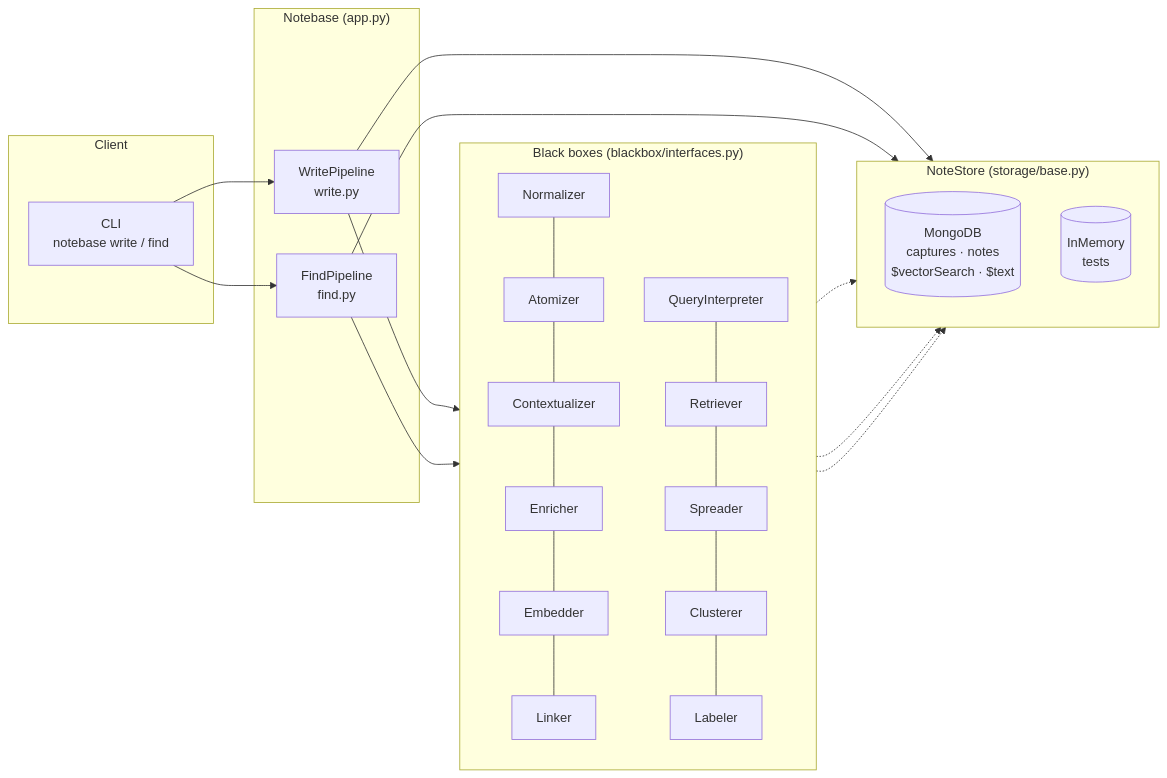
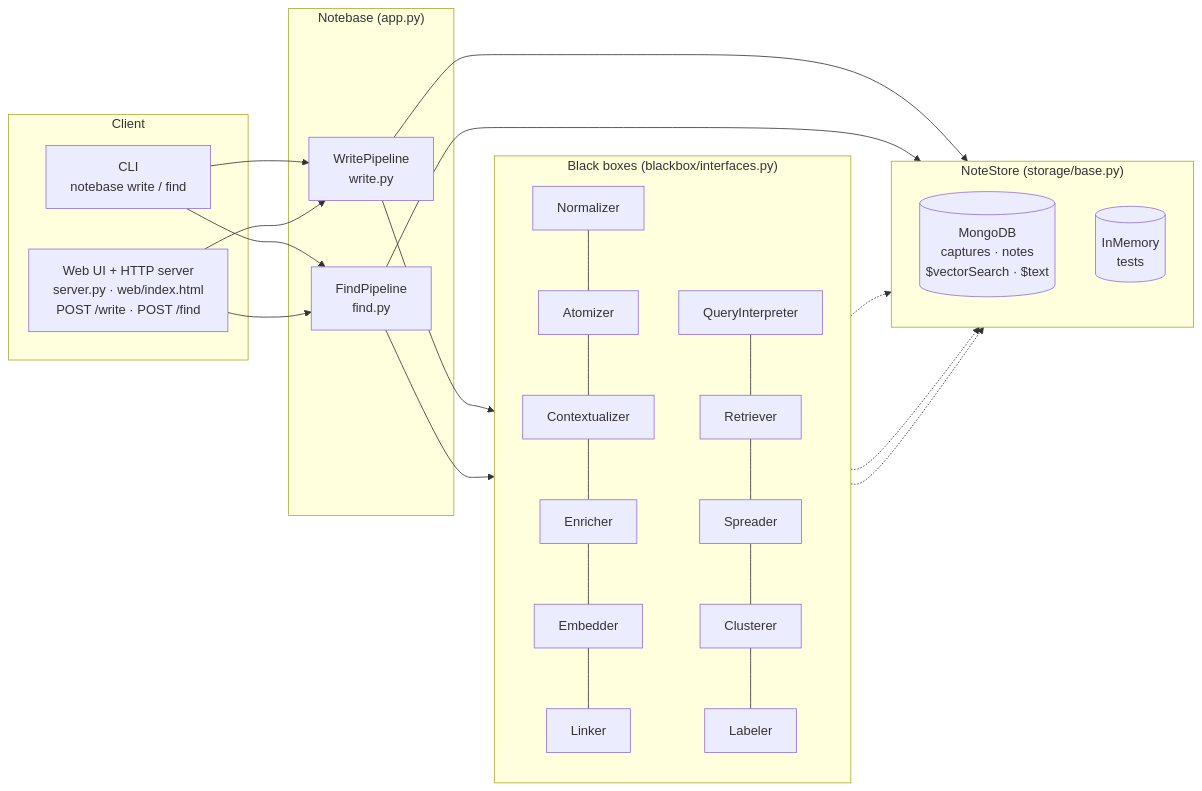
The first of 3 diagrams in docs/architecture.md (saltfish-len/Notebase), drawn with Mermaid before and after one commit. The commit also changed other lines of this file and 10 other files, not shown here.

First line of the commit message:
Add notebase-web: HTTP server for write/find and a graph web UI

````diff
--- a/docs/architecture.md
+++ b/docs/architecture.md
@@ -14,28 +14,29 @@
 ```mermaid
 flowchart LR
     subgraph Client
         CLI["CLI<br/>notebase write / find"]
+        WEB["Web UI + HTTP server<br/>server.py · web/index.html<br/>POST /write · POST /find"]
     end
 
     subgraph App["Notebase (app.py)"]
         WP["WritePipeline<br/>write.py"]
         FP["FindPipeline<br/>find.py"]
     end
 
     subgraph BB["Black boxes (blackbox/interfaces.py)"]
         direction TB
         N[Normalizer] --- A[Atomizer] --- C[Contextualizer] --- E[Enricher] --- EM[Embedder] --- L[Linker]
         QI[QueryInterpreter] --- R[Retriever] --- S[Spreader] --- CL[Clusterer] --- LB[Labeler]
     end
 
     subgraph Storage["NoteStore (storage/base.py)"]
         M[("MongoDB<br/>captures · notes<br/>$vectorSearch · $text")]
         MEM[("InMemory<br/>tests")]
     end
 
-    CLI --> WP & FP
+    CLI & WEB --> WP & FP
     WP --> N
     FP --> QI
     WP & FP --> Storage
     L & R & S -.-> Storage
 ```
````
